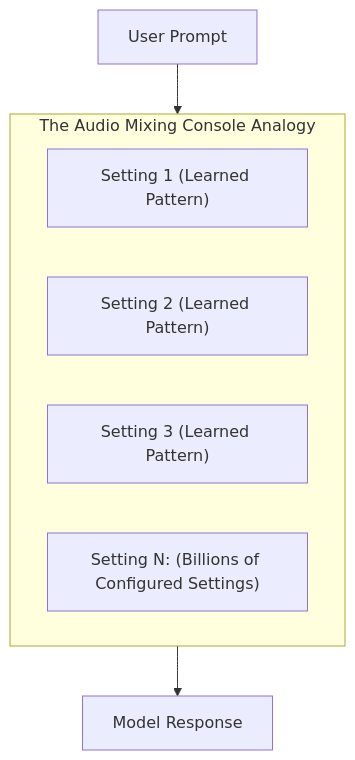
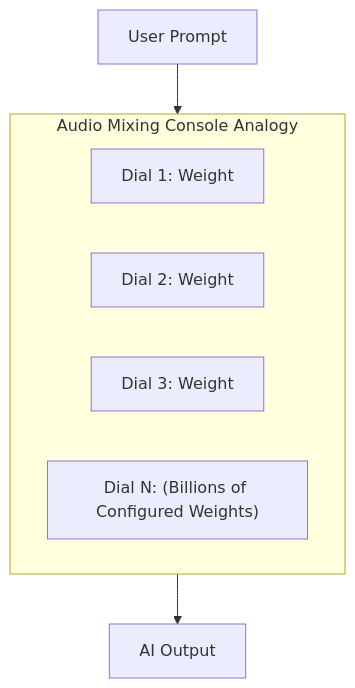
The fifth of 11 diagrams in 02-llm-api-fundamentals/01-llm-fundamentals/README.md (mr-mk-dev/py-ai-craft), drawn with Mermaid before and after one commit. The commit also changed other lines of this file and 114 other files, not shown here.

Commit message:
Full RoadMap .md file Completed

````diff
--- a/02-llm-api-fundamentals/01-llm-fundamentals/README.md
+++ b/02-llm-api-fundamentals/01-llm-fundamentals/README.md
@@ -147,10 +189,11 @@
 ```mermaid
 flowchart TD
-    subgraph Analogy["The Audio Mixing Console Analogy"]
-        K1["Setting 1 (Learned Pattern)"]
-        K2["Setting 2 (Learned Pattern)"]
-        K3["Setting 3 (Learned Pattern)"]
-        KN["Setting N: (Billions of Configured Settings)"]
+    subgraph HardwareConsole["Audio Mixing Console Analogy"]
+        Dial1["Dial 1: Weight"]
+        Dial2["Dial 2: Weight"]
+        Dial3["Dial 3: Weight"]
+        DialN["Dial N: (Billions of Configured Weights)"]
     end
-    Input["User Prompt"] --> Analogy --> Output["Model Response"]
+    
+    InputPrompt["User Prompt"] --> HardwareConsole --> GeneratedText["AI Output"]
 ```
````
